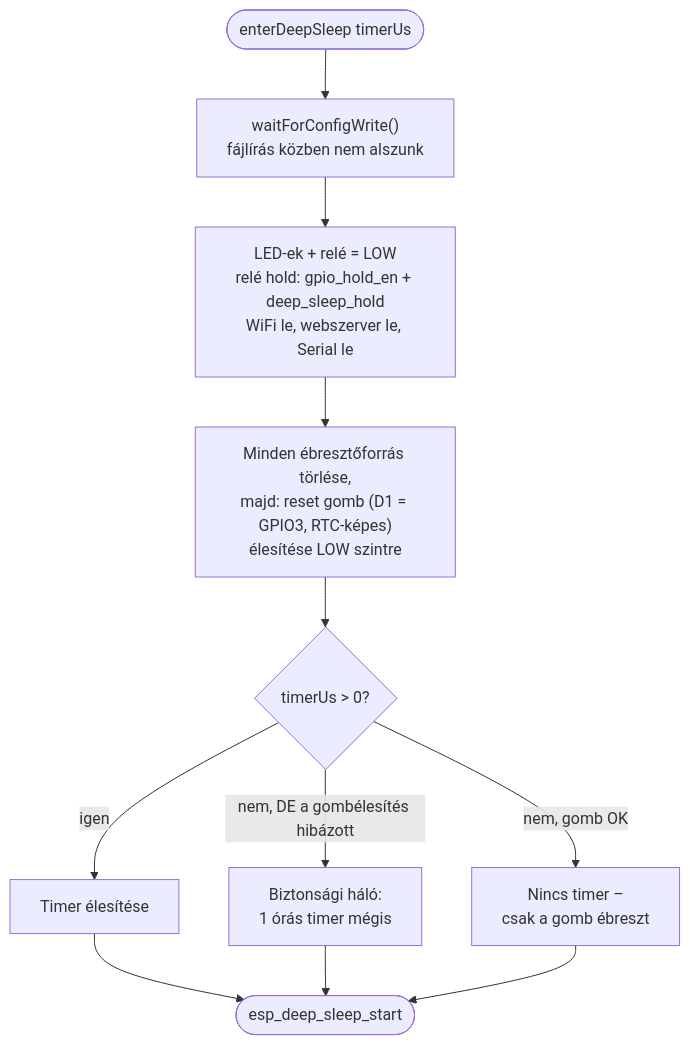
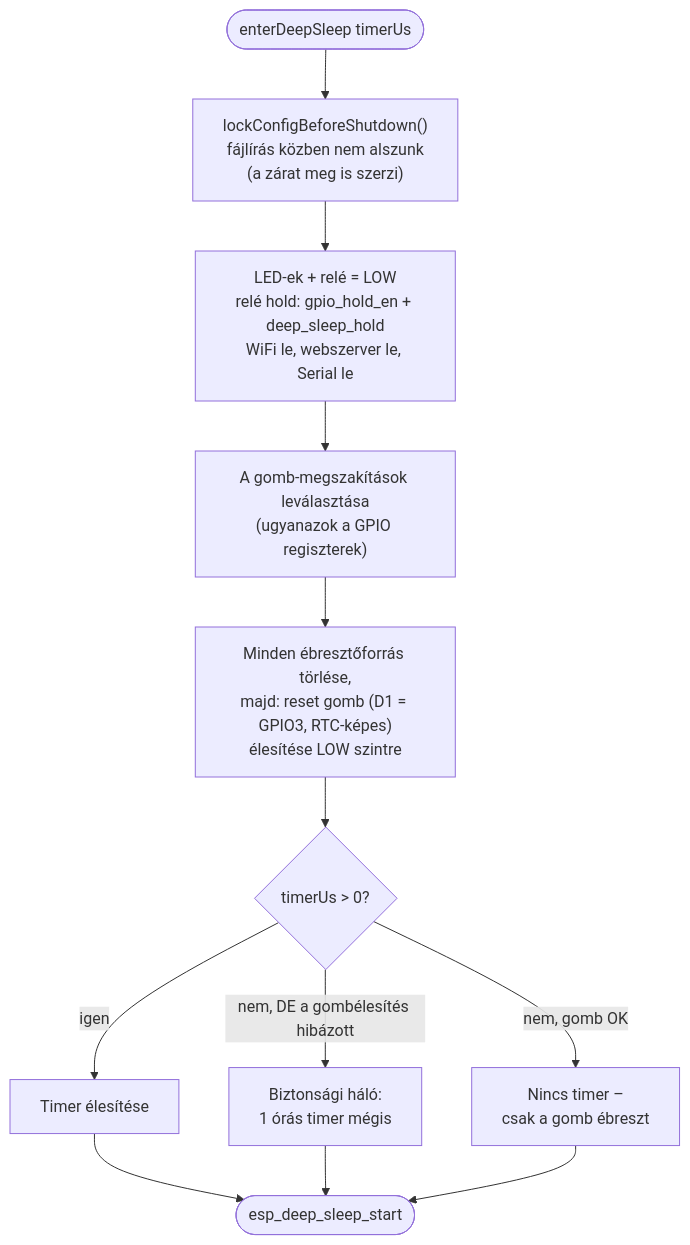
Before and after one commit to manszabi/bazsi-router-reboot: the ninth of 9 diagrams in FOLYAMATABRA.md, drawn with Mermaid. The commit also changed other lines of this file and 5 other files, not shown here.

````diff
--- a/FOLYAMATABRA.md
+++ b/FOLYAMATABRA.md
@@ -253,13 +255,14 @@
 ```mermaid
 flowchart TD
-    IN([enterDeepSleep timerUs]) --> W["waitForConfigWrite()<br>fájlírás közben nem alszunk"]
+    IN([enterDeepSleep timerUs]) --> W["lockConfigBeforeShutdown()<br>fájlírás közben nem alszunk<br>(a zárat meg is szerzi)"]
     W --> OFF["LED-ek + relé = LOW<br>relé hold: gpio_hold_en + deep_sleep_hold<br>WiFi le, webszerver le, Serial le"]
-    OFF --> ARM["Minden ébresztőforrás törlése,<br>majd: reset gomb (D1 = GPIO3, RTC-képes)<br>élesítése LOW szintre"]
+    OFF --> DET["A gomb-megszakítások leválasztása<br>(ugyanazok a GPIO regiszterek)"]
+    DET --> ARM["Minden ébresztőforrás törlése,<br>majd: reset gomb (D1 = GPIO3, RTC-képes)<br>élesítése LOW szintre"]
     ARM --> TMR{"timerUs > 0?"}
     TMR -->|igen| T1["Timer élesítése"]
     TMR -->|"nem, DE a gombélesítés hibázott"| T2["Biztonsági háló:<br>1 órás timer mégis"]
     TMR -->|"nem, gomb OK"| T3["Nincs timer –<br>csak a gomb ébreszt"]
     T1 --> DS([esp_deep_sleep_start])
     T2 --> DS
     T3 --> DS
 ```
````
